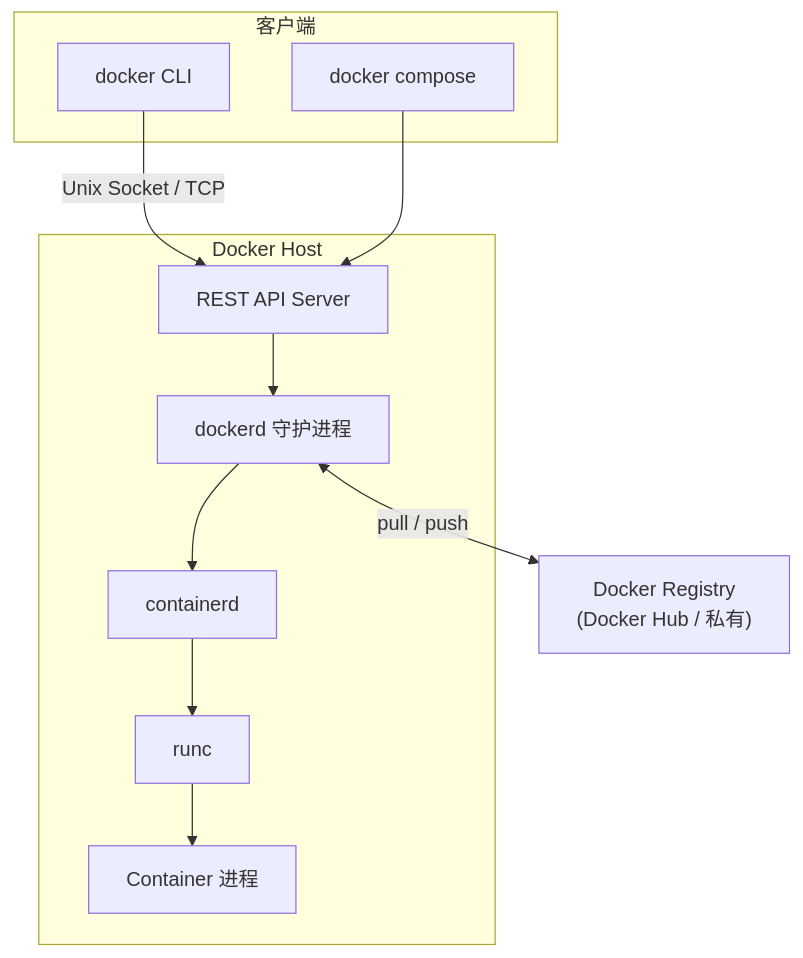
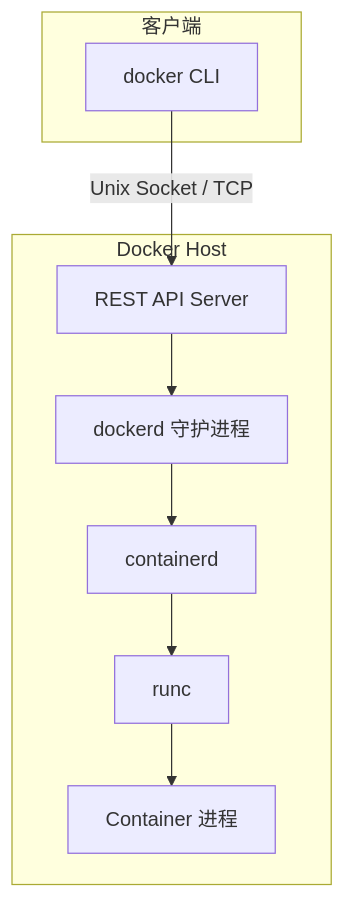
The diagram in src/云原生/docker/docker-02-engine-platform.md (langkemaoxin/langkemaoxin.github.io), drawn with Mermaid before and after one commit. The commit also changed other lines of this file and 21 other files, not shown here.

````diff
--- a/src/云原生/docker/docker-02-engine-platform.md
+++ b/src/云原生/docker/docker-02-engine-platform.md
@@ -118,22 +60,18 @@
 ```mermaid
 flowchart TB
     subgraph Client["客户端"]
         CLI["docker CLI"]
-        CMP["docker compose"]
     end
     subgraph Host["Docker Host"]
         API["REST API Server"]
         DD["dockerd 守护进程"]
         CTD["containerd"]
         RC["runc"]
         C["Container 进程"]
     end
-    REG["Docker Registry<br/>(Docker Hub / 私有)"]
     CLI -->|"Unix Socket / TCP"| API
-    CMP --> API
     API --> DD
     DD --> CTD
     CTD --> RC
     RC --> C
-    DD <-->|"pull / push"| REG
 ```
````
